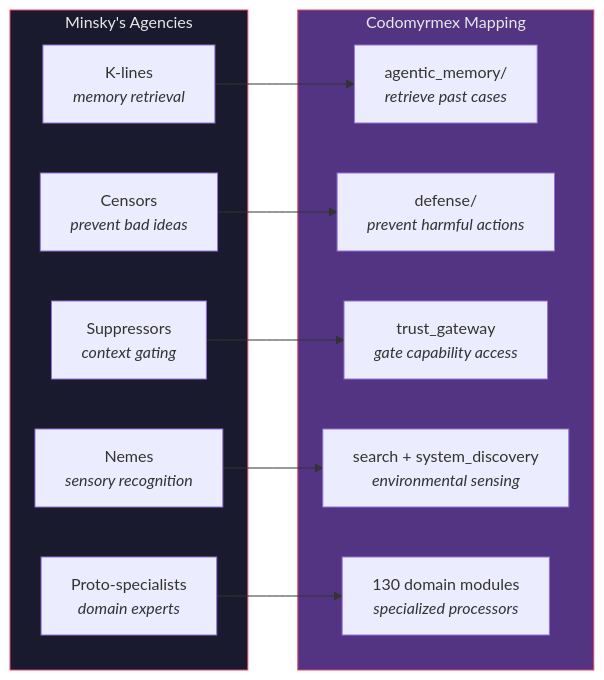
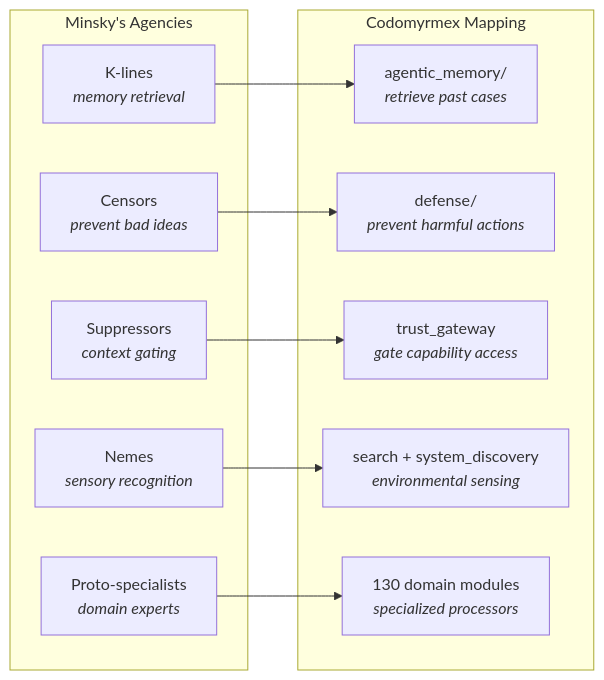
One commit to docxology/codomyrmex changed the second of 2 diagrams in docs/agi/the_colony_thesis.md. Above: the diagram before and after it, drawn with Mermaid. The commit also changed other lines of this file and 86 other files, not shown here.

````diff
--- a/docs/agi/the_colony_thesis.md
+++ b/docs/agi/the_colony_thesis.md
@@ -166,27 +158,24 @@
 ```mermaid
 graph LR
     subgraph MINSKY["Minsky's Agencies"]
         K_LINE["K-lines<br/><i>memory retrieval</i>"]
         CENSOR["Censors<br/><i>prevent bad ideas</i>"]
         SUPPRESSOR["Suppressors<br/><i>context gating</i>"]
         NEME["Nemes<br/><i>sensory recognition</i>"]
         PROTO["Proto-specialists<br/><i>domain experts</i>"]
     end
 
     subgraph CDM_MAP["Codomyrmex Mapping"]
         AMEM2["agentic_memory/<br/><i>retrieve past cases</i>"]
         DEFENSE2["defense/<br/><i>prevent harmful actions</i>"]
         TRUST2["trust_gateway<br/><i>gate capability access</i>"]
         SEARCH2["search + system_discovery<br/><i>environmental sensing</i>"]
         MODULES2["130 domain modules<br/><i>specialized processors</i>"]
     end
 
     K_LINE --> AMEM2
     CENSOR --> DEFENSE2
     SUPPRESSOR --> TRUST2
     NEME --> SEARCH2
     PROTO --> MODULES2
-
-    style MINSKY fill:#1a1a2e,stroke:#e94560,color:#e8e8e8
-    style CDM_MAP fill:#533483,stroke:#e94560,color:#e8e8e8
 ```
````
